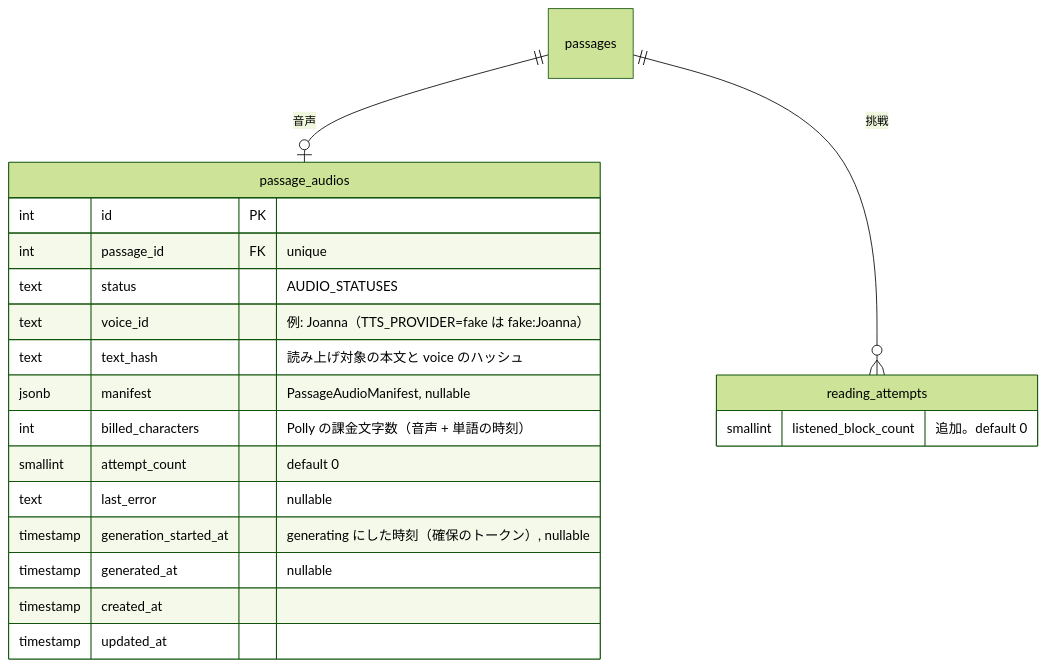
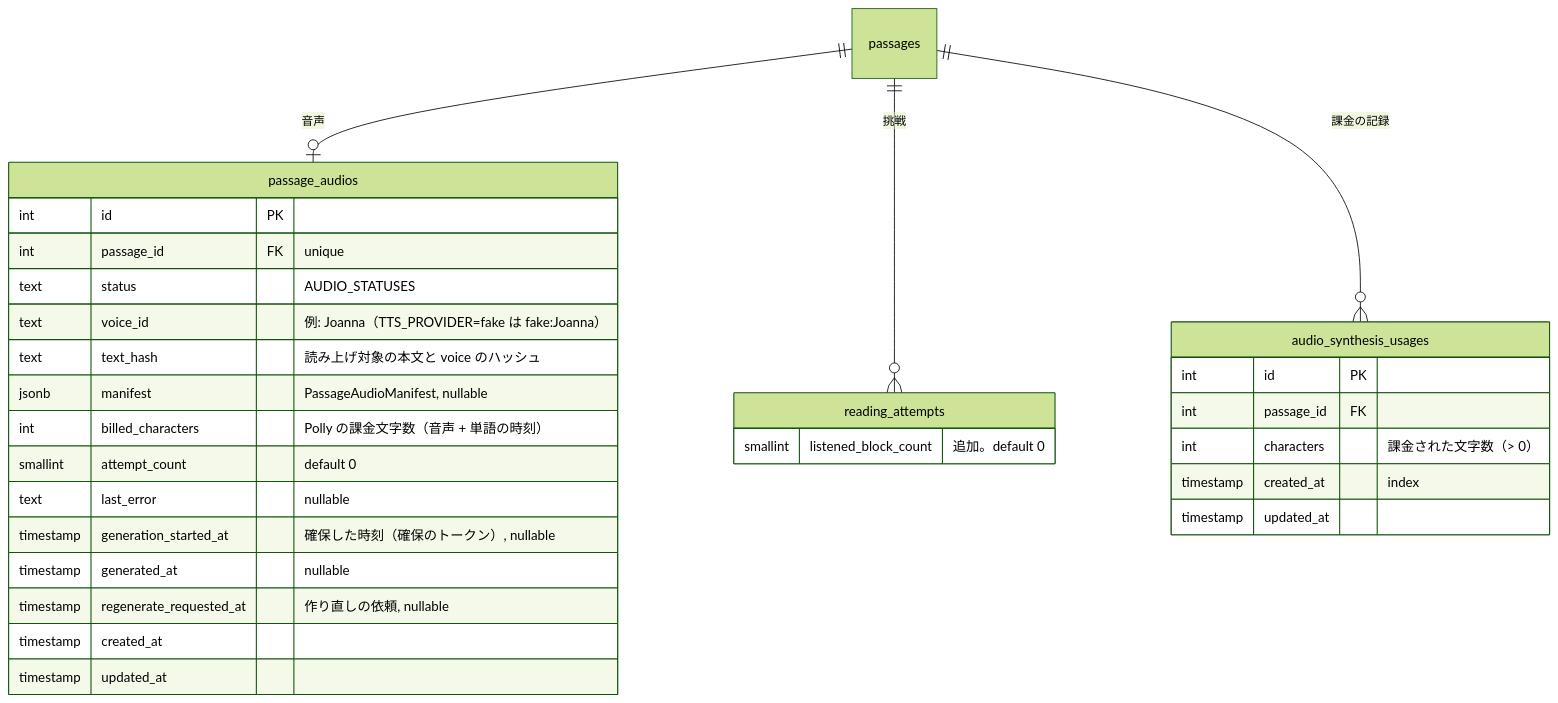
The second of 3 diagrams in docs/spec/read-aloud/README.md (kentakki416/tech-english), drawn with Mermaid (forest theme) before and after one commit. The commit also changed other lines of this file and 84 other files, not shown here.

````diff
--- a/docs/spec/read-aloud/README.md
+++ b/docs/spec/read-aloud/README.md
@@ -537,24 +557,33 @@
 ```mermaid
 erDiagram
     passages ||--o| passage_audios : "音声"
     passages ||--o{ reading_attempts : "挑戦"
+    passages ||--o{ audio_synthesis_usages : "課金の記録"
 
     passage_audios {
         int id PK
         int passage_id FK "unique"
         text status "AUDIO_STATUSES"
         text voice_id "例: Joanna（TTS_PROVIDER=fake は fake:Joanna）"
         text text_hash "読み上げ対象の本文と voice のハッシュ"
         jsonb manifest "PassageAudioManifest, nullable"
         int billed_characters "Polly の課金文字数（音声 + 単語の時刻）"
         smallint attempt_count "default 0"
         text last_error "nullable"
-        timestamp generation_started_at "generating にした時刻（確保のトークン）, nullable"
+        timestamp generation_started_at "確保した時刻（確保のトークン）, nullable"
         timestamp generated_at "nullable"
+        timestamp regenerate_requested_at "作り直しの依頼, nullable"
         timestamp created_at
         timestamp updated_at
     }
     reading_attempts {
         smallint listened_block_count "追加。default 0"
     }
+    audio_synthesis_usages {
+        int id PK
+        int passage_id FK
+        int characters "課金された文字数（> 0）"
+        timestamp created_at "index"
+        timestamp updated_at
+    }
 ```
````
